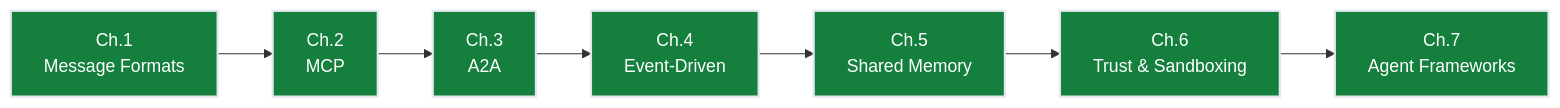
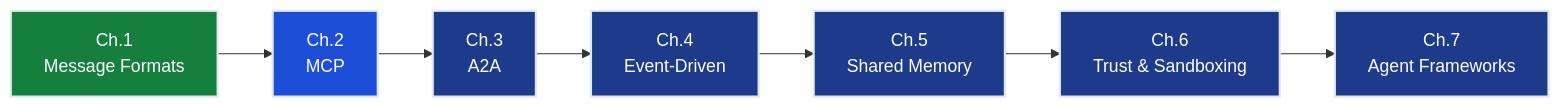
The diagram in notes/multi_agent_ai/mcp/README.md (deepakshamsft/ai-portfolio), drawn with Mermaid before and after one commit. The commit also changed other lines of this file and 44 other files, not shown here.

````diff
--- a/notes/multi_agent_ai/mcp/README.md
+++ b/notes/multi_agent_ai/mcp/README.md
@@ -224,14 +315,14 @@
 ```mermaid
 graph LR
     Ch1["Ch.1\nMessage Formats"]:::done
-    Ch2["Ch.2\nMCP"]:::done
-    Ch3["Ch.3\nA2A"]:::done
-    Ch4["Ch.4\nEvent-Driven"]:::done
-    Ch5["Ch.5\nShared Memory"]:::done
-    Ch6["Ch.6\nTrust & Sandboxing"]:::done
-    Ch7["Ch.7\nAgent Frameworks"]:::done
+    Ch2["Ch.2\nMCP"]:::current
+    Ch3["Ch.3\nA2A"]:::upcoming
+    Ch4["Ch.4\nEvent-Driven"]:::upcoming
+    Ch5["Ch.5\nShared Memory"]:::upcoming
+    Ch6["Ch.6\nTrust & Sandboxing"]:::upcoming
+    Ch7["Ch.7\nAgent Frameworks"]:::upcoming
     Ch1 --> Ch2 --> Ch3 --> Ch4 --> Ch5 --> Ch6 --> Ch7
     classDef done fill:#15803d,stroke:#e2e8f0,stroke-width:2px,color:#ffffff
     classDef current fill:#1d4ed8,stroke:#e2e8f0,stroke-width:2px,color:#ffffff
     classDef upcoming fill:#1e3a8a,stroke:#e2e8f0,stroke-width:2px,color:#ffffff
 ```
````
